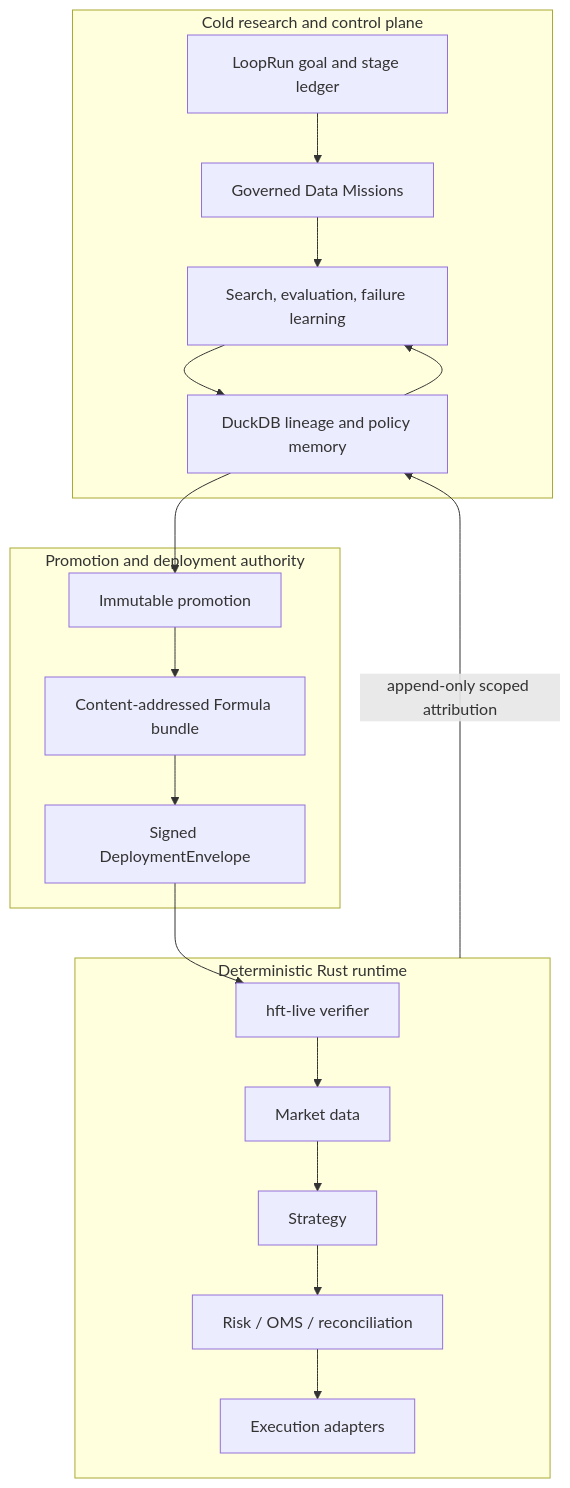
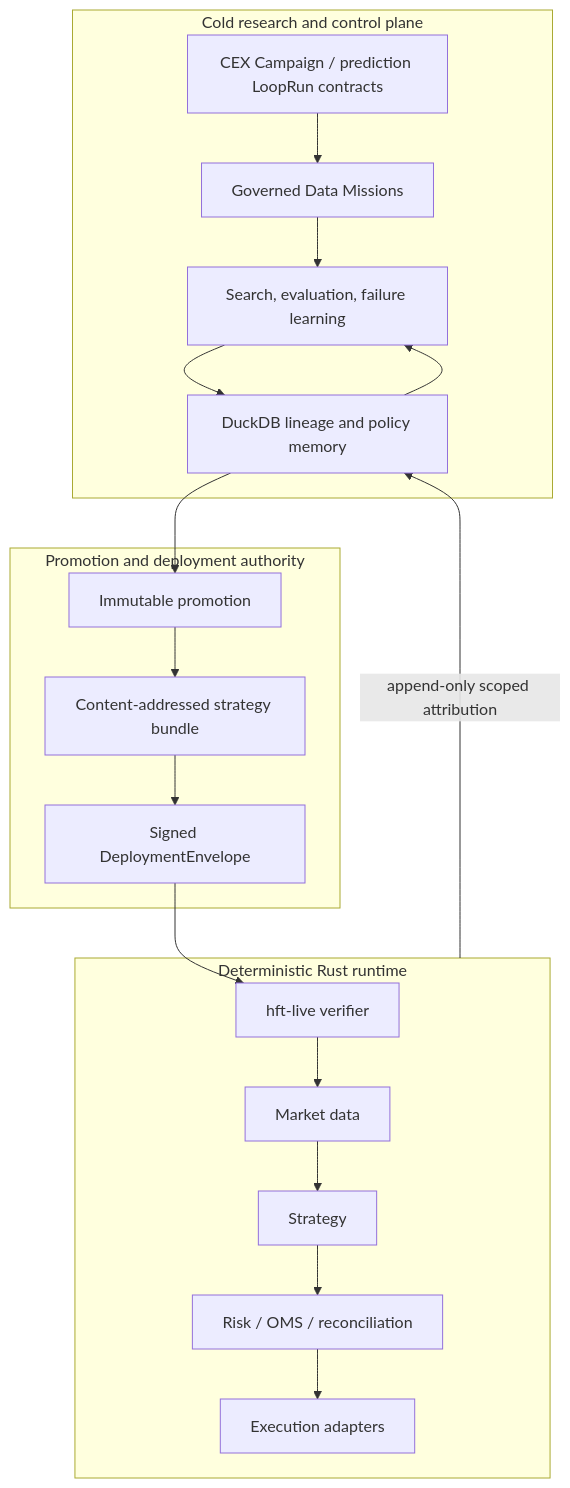
One commit to proerror77/monday changed the diagram in rust_hft/ARCHITECTURE.md. Above: the diagram before and after it, drawn with Mermaid. The commit also changed other lines of this file and 9 other files, not shown here.

````diff
--- a/rust_hft/ARCHITECTURE.md
+++ b/rust_hft/ARCHITECTURE.md
@@ -5,31 +5,31 @@
 ```mermaid
 flowchart TB
     subgraph Research["Cold research and control plane"]
-        LR["LoopRun goal and stage ledger"]
+        LR["CEX Campaign / prediction LoopRun contracts"]
         DM["Governed Data Missions"]
         AE["Search, evaluation, failure learning"]
         AS["DuckDB lineage and policy memory"]
         LR --> DM --> AE --> AS
         AS --> AE
     end
 
     subgraph Governance["Promotion and deployment authority"]
         PR["Immutable promotion"]
-        SB["Content-addressed Formula bundle"]
+        SB["Content-addressed strategy bundle"]
         DE["Signed DeploymentEnvelope"]
         PR --> SB --> DE
     end
 
     subgraph Runtime["Deterministic Rust runtime"]
         RV["hft-live verifier"]
         MD["Market data"]
         ST["Strategy"]
         RK["Risk / OMS / reconciliation"]
         EX["Execution adapters"]
         RV --> MD --> ST --> RK --> EX
     end
 
     AS --> PR
     DE --> RV
     Runtime -->|"append-only scoped attribution"| AS
 ```
````
